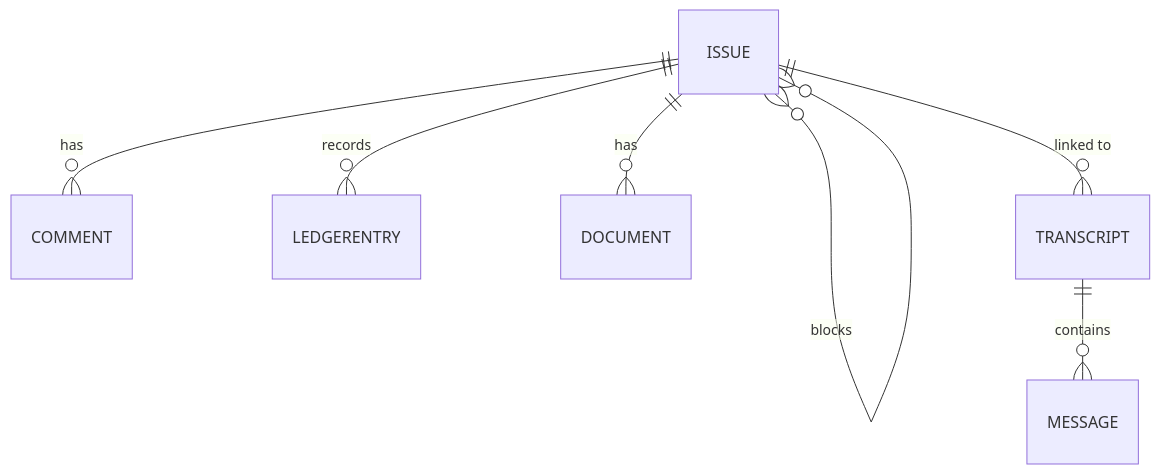
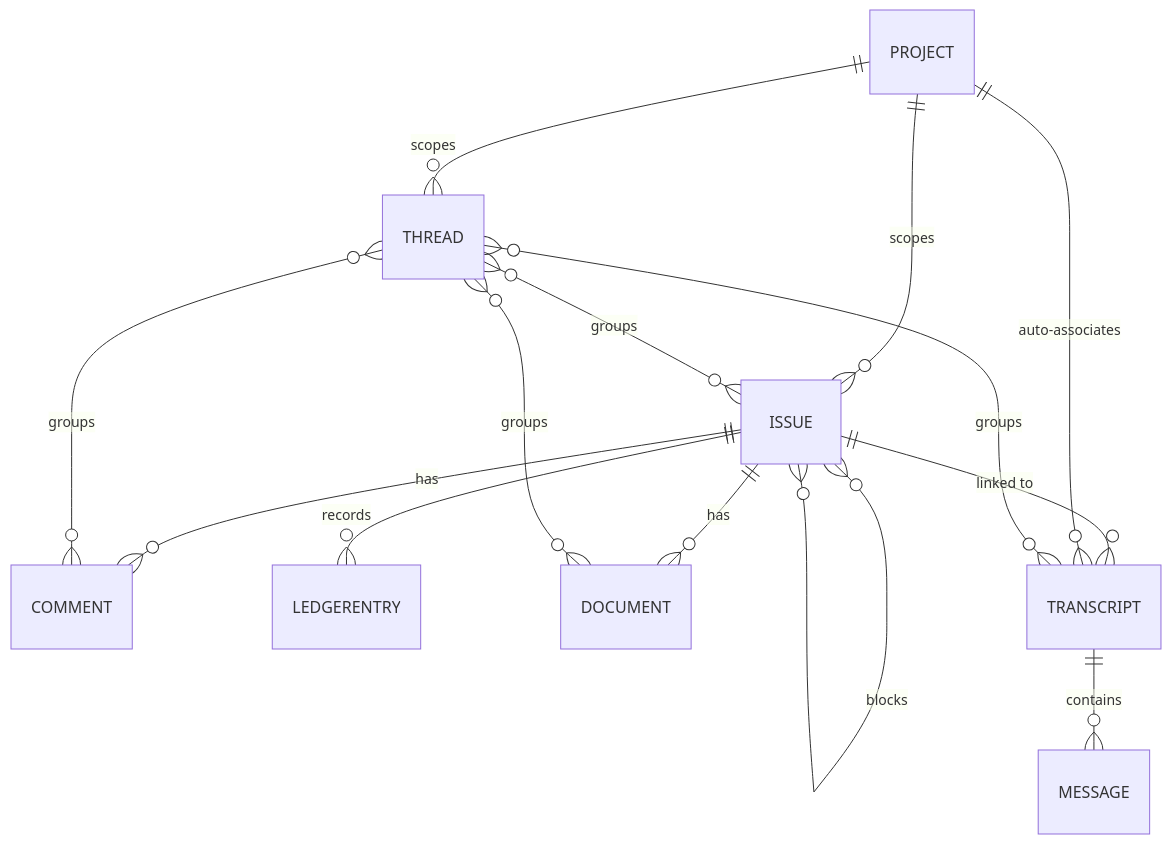
Before and after one commit to brent-hoover/sutra: the diagram in docs/data-models.md, drawn with Mermaid. The commit also changed other lines of this file and 3 other files, not shown here.

````diff
--- a/docs/data-models.md
+++ b/docs/data-models.md
@@ -204,11 +210,18 @@
 ```mermaid
 erDiagram
     ISSUE ||--o{ ISSUE : "parent of"
     ISSUE ||--o{ COMMENT : has
     ISSUE ||--o{ LEDGERENTRY : records
     ISSUE ||--o{ DOCUMENT : has
     ISSUE ||--o{ TRANSCRIPT : "linked to"
     ISSUE }o--o{ ISSUE : related
     ISSUE }o--o{ ISSUE : blocks
     TRANSCRIPT ||--o{ MESSAGE : contains
+    PROJECT ||--o{ ISSUE : scopes
+    PROJECT ||--o{ THREAD : scopes
+    PROJECT ||--o{ TRANSCRIPT : "auto-associates"
+    THREAD }o--o{ ISSUE : groups
+    THREAD }o--o{ DOCUMENT : groups
+    THREAD }o--o{ TRANSCRIPT : groups
+    THREAD }o--o{ COMMENT : groups
 ```
````
